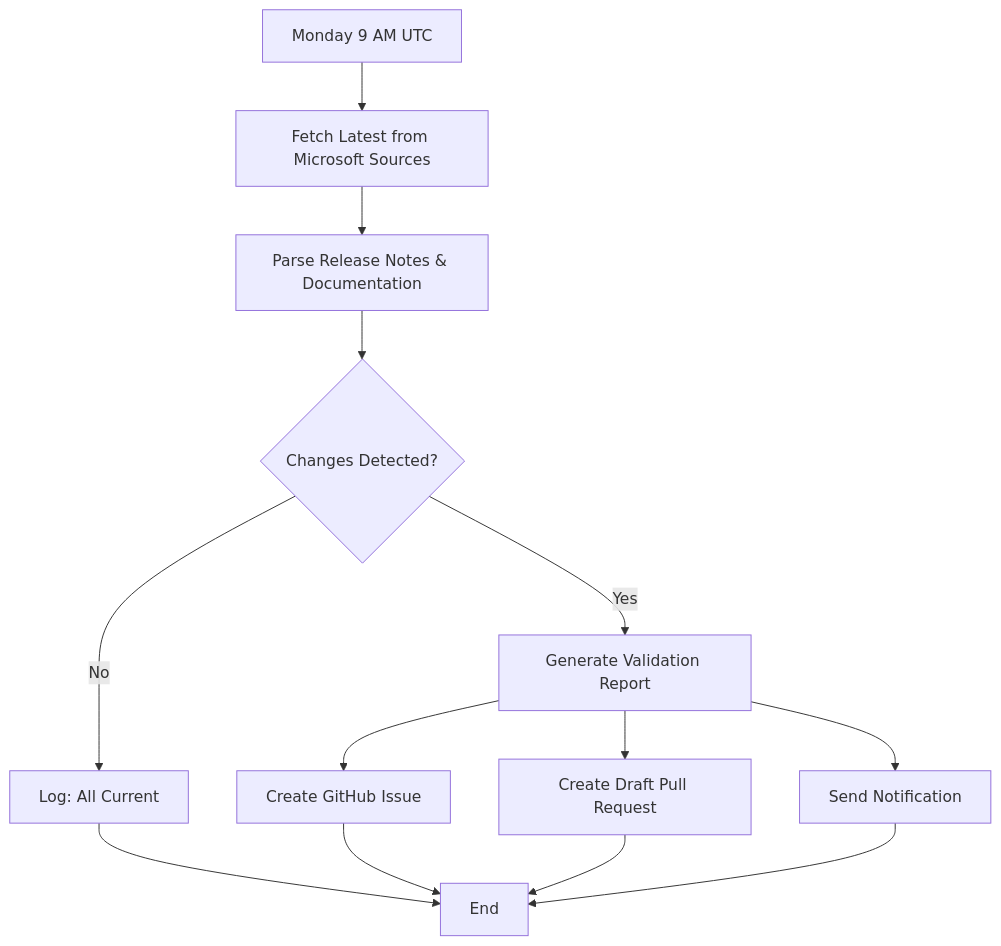
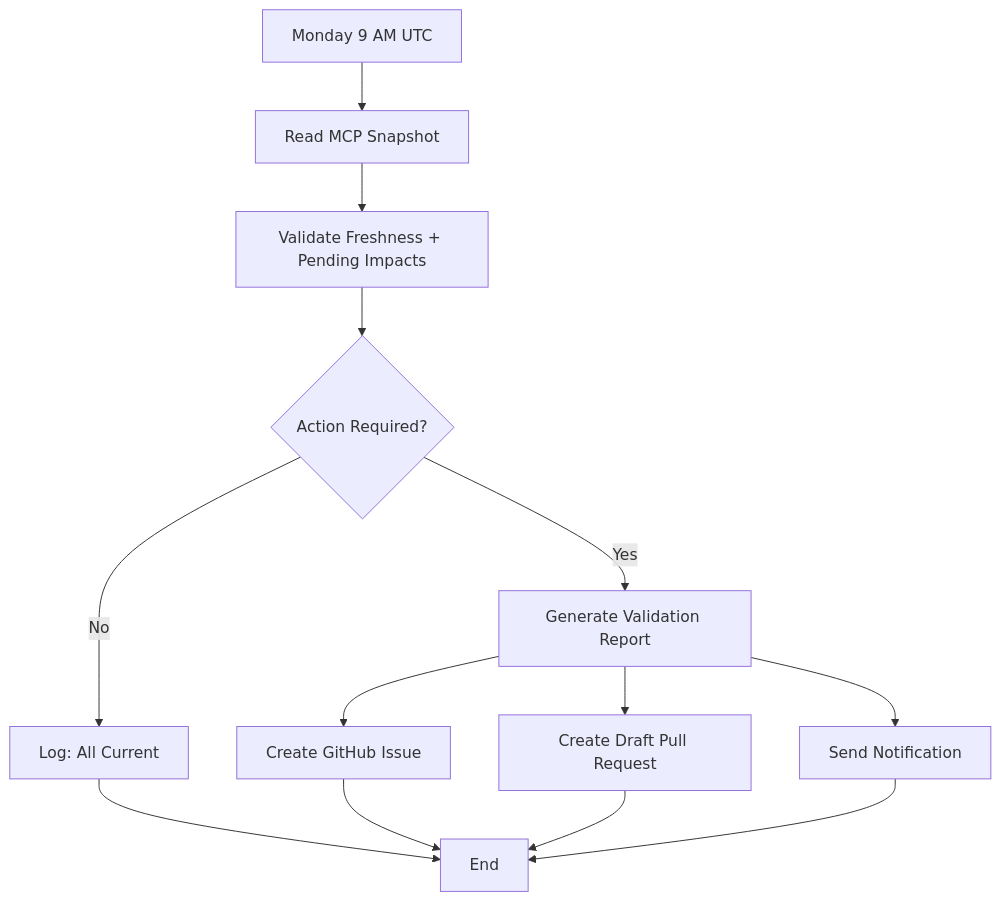
The diagram in docs/weekly-validation-process.md (russrimm/copilot-decision-guidance), drawn with Mermaid before and after one commit. The commit also changed other lines of this file and 10 other files, not shown here.

````diff
--- a/docs/weekly-validation-process.md
+++ b/docs/weekly-validation-process.md
@@ -129,15 +140,15 @@
 ```mermaid
 graph TD
-    A[Monday 9 AM UTC] --> B[Fetch Latest from Microsoft Sources]
-    B --> C[Parse Release Notes & Documentation]
-    C --> D{Changes Detected?}
+   A[Monday 9 AM UTC] --> B[Read MCP Snapshot]
+   B --> C[Validate Freshness + Pending Impacts]
+   C --> D{Action Required?}
     D -->|Yes| E[Generate Validation Report]
     D -->|No| F[Log: All Current]
     E --> G[Create GitHub Issue]
     E --> H[Create Draft Pull Request]
     E --> I[Send Notification]
     F --> J[End]
     G --> J
     H --> J
     I --> J
 ```
````
